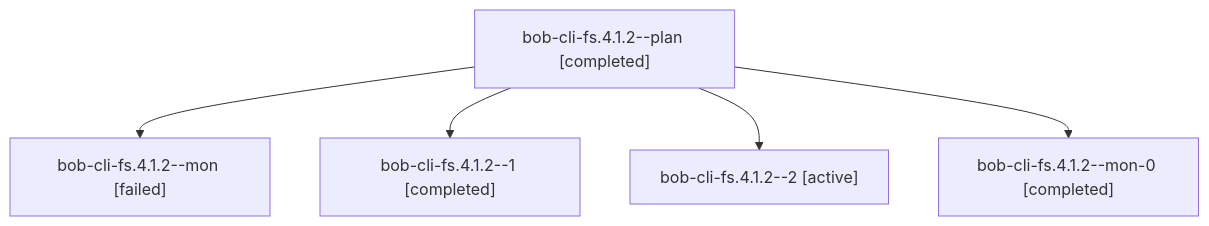
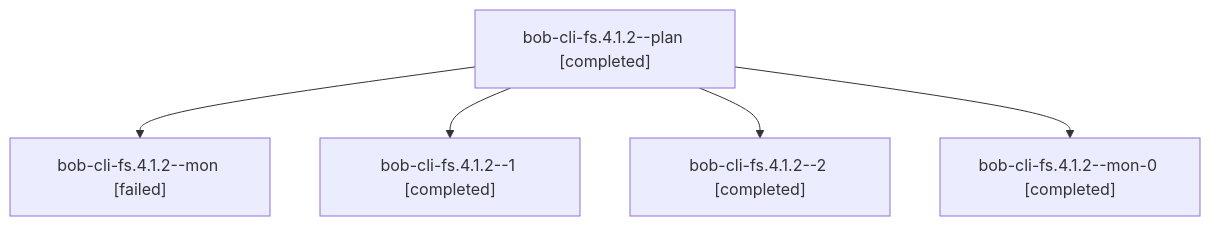
Before and after one commit to bobs-org/bob-cli--agents: the diagram in sessions/bbugyi200.athena.bob-cli-fs.4.1.2.md, drawn with Mermaid. The commit also changed other lines of this file and 70 other files, not shown here.

````diff
--- a/sessions/bbugyi200.athena.bob-cli-fs.4.1.2.md
+++ b/sessions/bbugyi200.athena.bob-cli-fs.4.1.2.md
@@ -9,12 +9,12 @@
 ```mermaid
 flowchart TD
   n0["bob-cli-fs.4.1.2--plan [completed]"]
   n1["bob-cli-fs.4.1.2--mon [failed]"]
   n0 --> n1
   n2["bob-cli-fs.4.1.2--1 [completed]"]
   n0 --> n2
-  n3["bob-cli-fs.4.1.2--2 [active]"]
+  n3["bob-cli-fs.4.1.2--2 [completed]"]
   n0 --> n3
   n4["bob-cli-fs.4.1.2--mon-0 [completed]"]
   n0 --> n4
 ```
````
